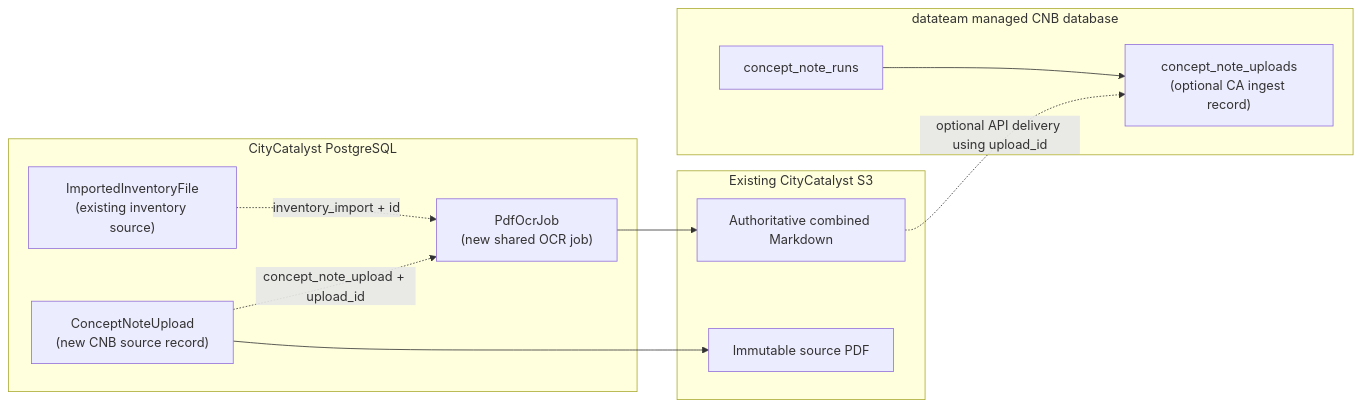
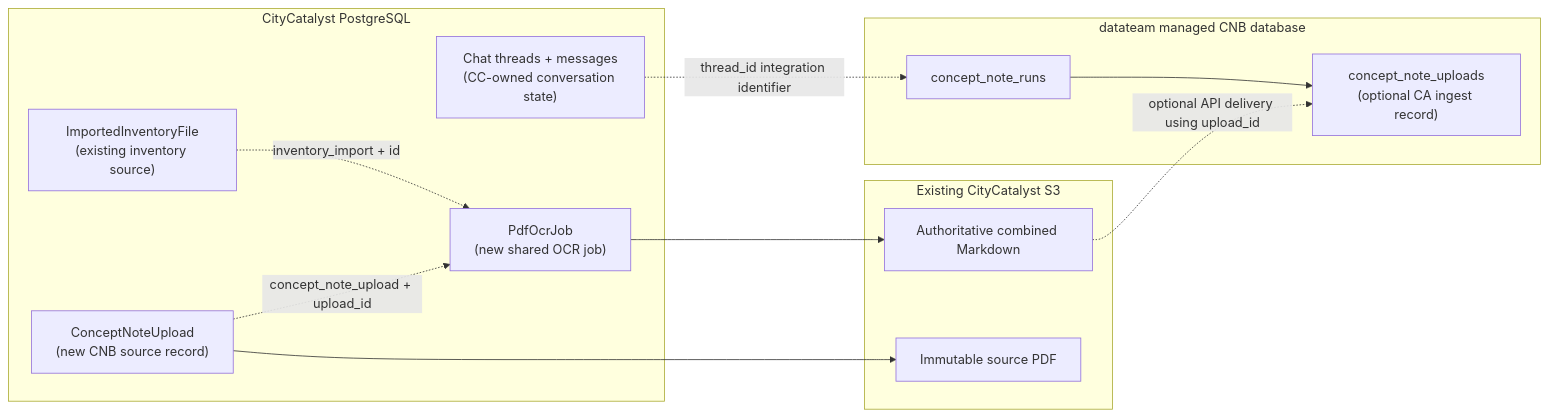
One commit to Open-Earth-Foundation/CityCatalyst changed the third of 14 diagrams in docs/ConceptNoteBuilderArchitecture.md. Above: the diagram before and after it, drawn with Mermaid. The commit also changed other lines of this file and 20 other files, not shown here.

````diff
--- a/docs/ConceptNoteBuilderArchitecture.md
+++ b/docs/ConceptNoteBuilderArchitecture.md
@@ -229,25 +234,27 @@
 ```mermaid
 flowchart LR
     subgraph CCDB["CityCatalyst PostgreSQL"]
         Inventory["ImportedInventoryFile<br/>(existing inventory source)"]
+        Chat["Chat threads + messages<br/>(CC-owned conversation state)"]
         CNUpload["ConceptNoteUpload<br/>(new CNB source record)"]
         OCR["PdfOcrJob<br/>(new shared OCR job)"]
     end
 
     subgraph CCS3["Existing CityCatalyst S3"]
         Source["Immutable source PDF"]
         Markdown["Authoritative combined Markdown"]
     end
 
     subgraph CNBDB["datateam managed CNB database"]
         Run["concept_note_runs"]
         Received["concept_note_uploads<br/>(optional CA ingest record)"]
     end
 
     Inventory -.->|"inventory_import + id"| OCR
     CNUpload -.->|"concept_note_upload + upload_id"| OCR
     CNUpload --> Source
     OCR --> Markdown
+    Chat -.->|"thread_id integration identifier"| Run
     Run --> Received
     Markdown -.->|"optional API delivery using upload_id"| Received
 ```
````
